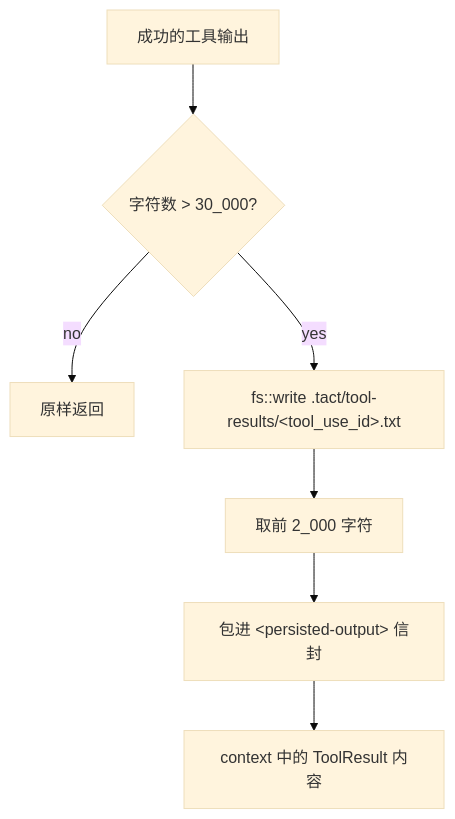
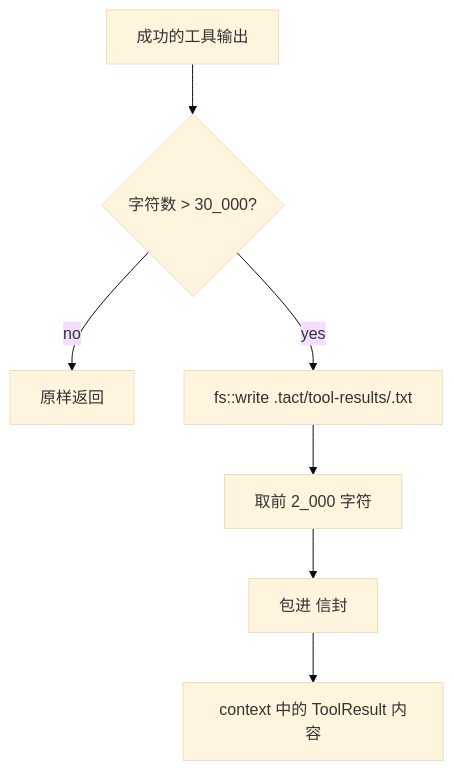
Before and after one commit to rust-infra/tact: diagram 12 of 15 in book/05_chapter_compact_zh.md, drawn with Mermaid (base theme). The commit also changed other lines of this file and 303 other files, not shown here.

````diff
--- a/book/05_chapter_compact_zh.md
+++ b/book/05_chapter_compact_zh.md
@@ -618,9 +566,9 @@
 ```mermaid
-flowchart TD
-    Out[成功的工具输出] --> Th{字符数 > 30_000?}
-    Th -->|no| Full[原样返回]
-    Th -->|yes| Write["fs::write .tact/tool-results/&lt;tool_use_id&gt;.txt"]
-    Write --> Prev["取前 2_000 字符"]
-    Prev --> Wrap["包进 &lt;persisted-output&gt; 信封"]
-    Wrap --> TR[context 中的 ToolResult 内容]
+graph TD
+    out[成功的工具输出] --> th{字符数 > 30_000?}
+    th -->|no| full[原样返回]
+    th -->|yes| write[fs::write .tact/tool-results/<tool_use_id>.txt]
+    write --> prev[取前 2_000 字符]
+    prev --> wrap[包进 <persisted-output> 信封]
+    wrap --> tr[context 中的 ToolResult 内容]
 ```
````
